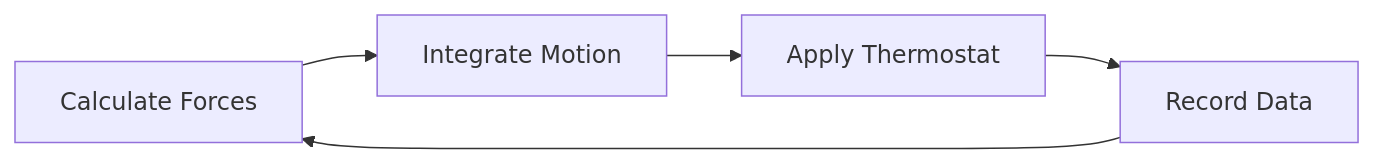
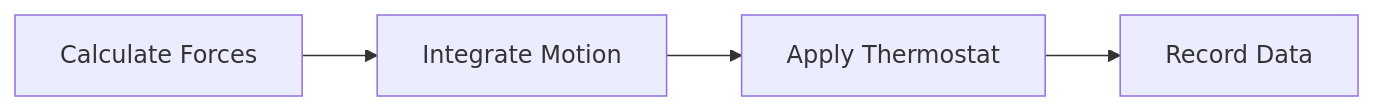
One commit to Asy508/Construction changed the diagram in Notebook/sandwich.md. Above: the diagram before and after it, drawn with Mermaid. The commit also changed 2 other files, not shown here.

````diff
--- a/Notebook/sandwich.md
+++ b/Notebook/sandwich.md
@@ -33,7 +33,7 @@
 ```mermaid
 flowchart LR
     A[Calculate Forces] --> B[Integrate Motion]
     B --> C[Apply Thermostat]
     C --> D[Record Data]
-    D --> A
+    
 ```
````
